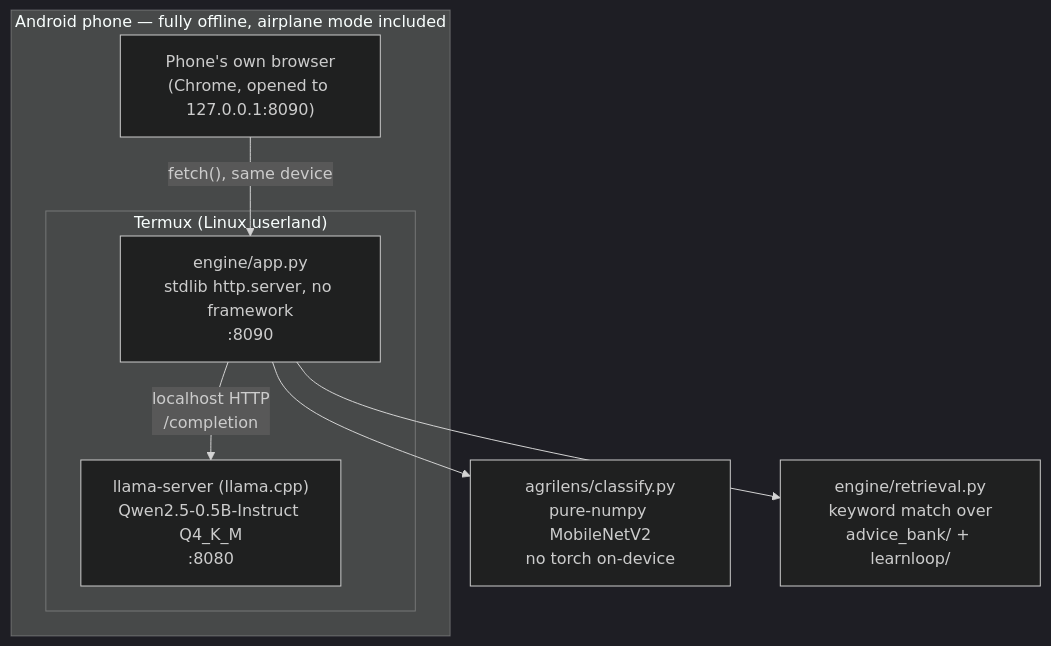
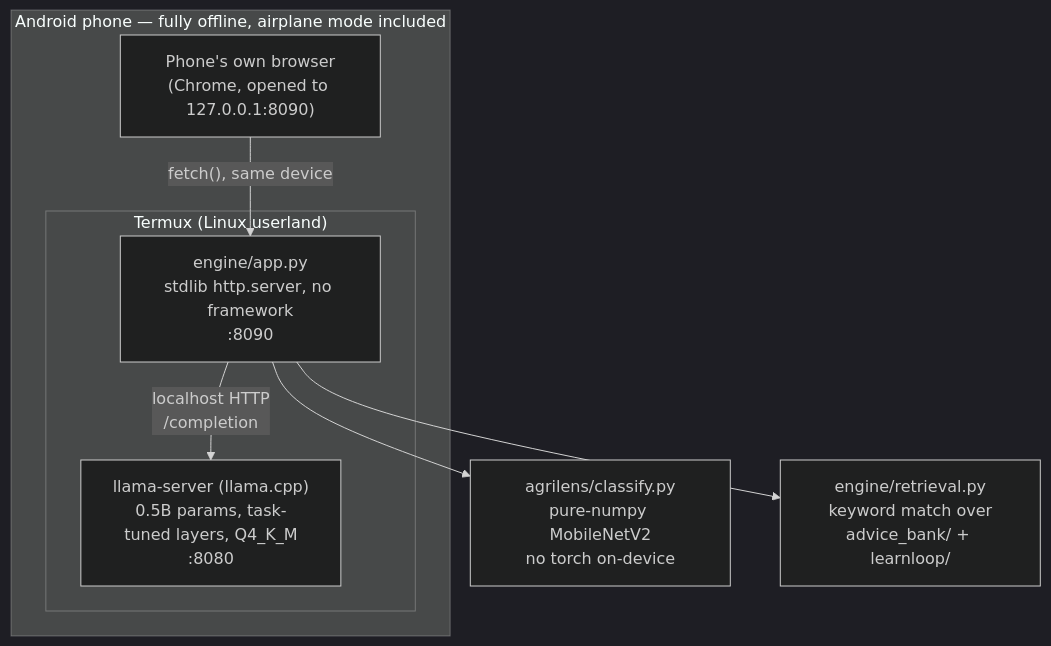
The second of 2 diagrams in ARCHITECTURE.md (kdhanesh/pocketmind), drawn with Mermaid (dark theme) before and after one commit. The commit also changed other lines of this file and 3 other files, not shown here.

First line of the commit message:
Add deployment-status honesty and latency roadmap; drop model brand name from all docs

````diff
--- a/ARCHITECTURE.md
+++ b/ARCHITECTURE.md
@@ -32,14 +32,14 @@
 ```mermaid
 flowchart TB
     subgraph Phone["Android phone — fully offline, airplane mode included"]
         subgraph Termux["Termux (Linux userland)"]
-            LS["llama-server (llama.cpp)<br/>Qwen2.5-0.5B-Instruct Q4_K_M<br/>:8080"]
+            LS["llama-server (llama.cpp)<br/>0.5B params, task-tuned layers, Q4_K_M<br/>:8080"]
             APP["engine/app.py<br/>stdlib http.server, no framework<br/>:8090"]
         end
         BR["Phone's own browser<br/>(Chrome, opened to 127.0.0.1:8090)"]
     end
     APP -- "localhost HTTP<br/>/completion" --> LS
     BR -- "fetch(), same device" --> APP
     APP --> AG["agrilens/classify.py<br/>pure-numpy MobileNetV2<br/>no torch on-device"]
     APP --> RT["engine/retrieval.py<br/>keyword match over<br/>advice_bank/ + learnloop/"]
 ```
````
